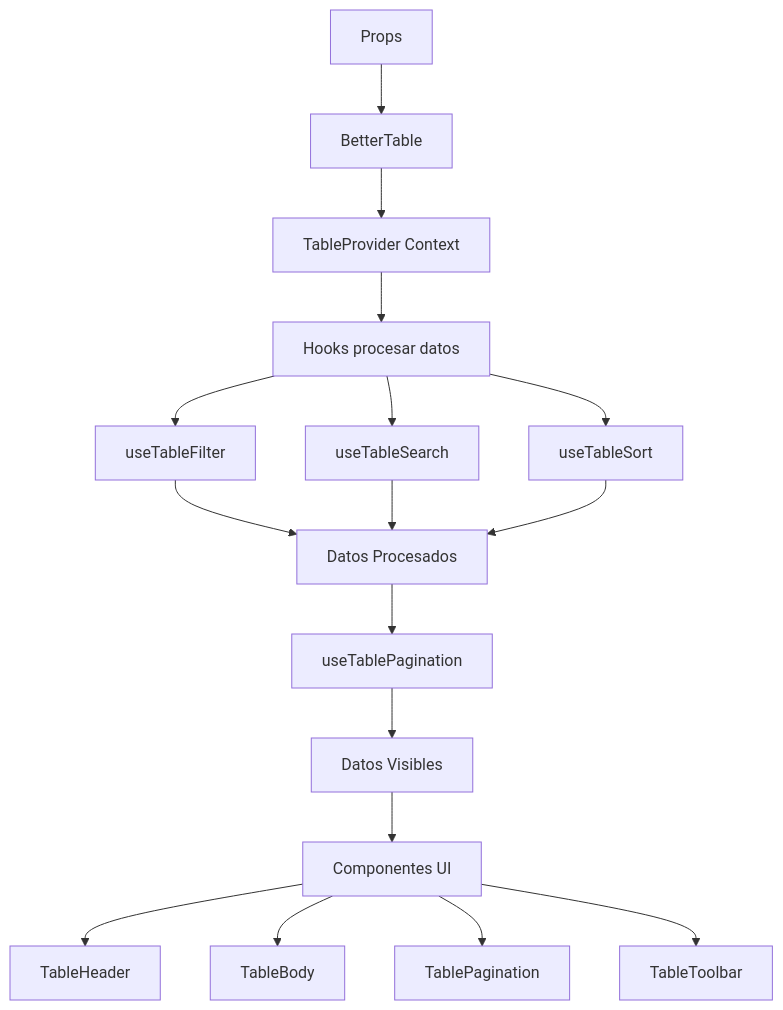
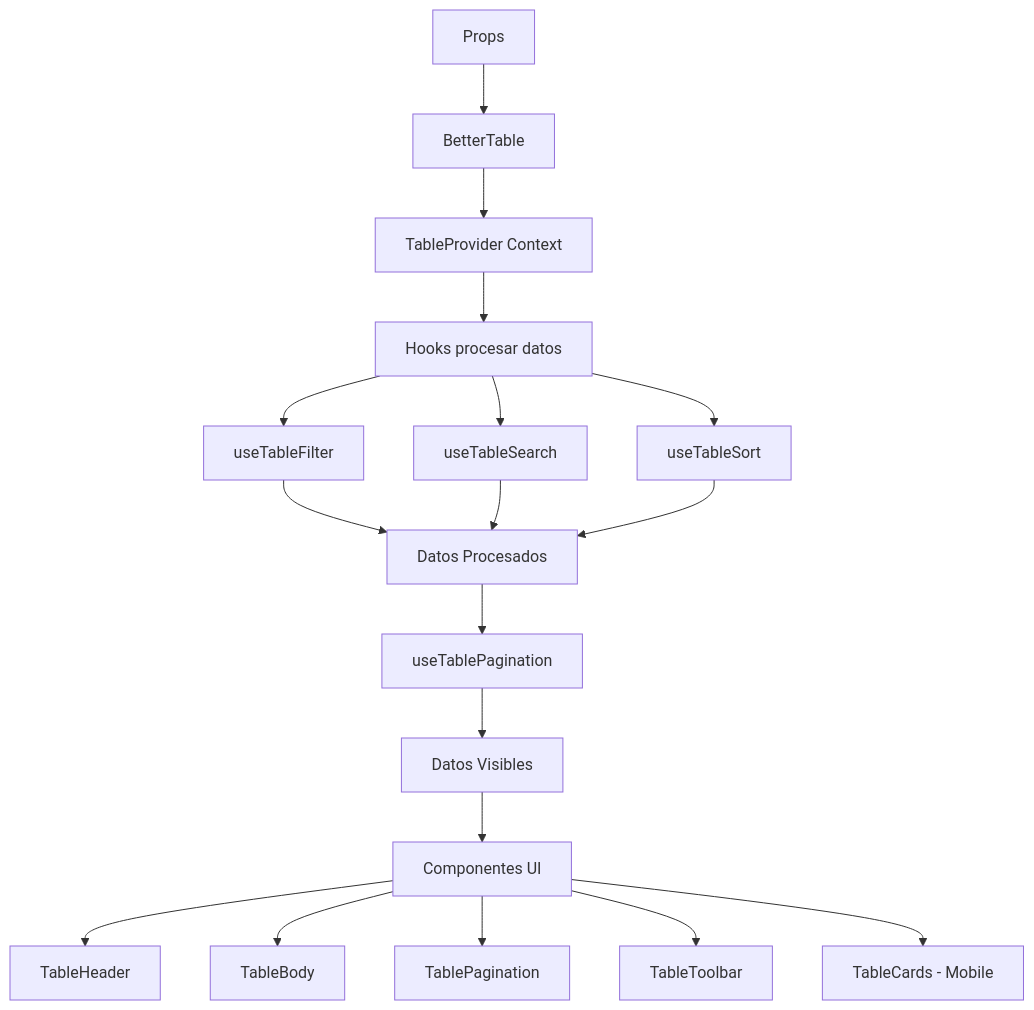
The diagram in better-table/docs/architecture.md (jrodrigopuca/BetterTable), drawn with Mermaid before and after one commit. The commit also changed other lines of this file and 14 other files, not shown here.

````diff
--- a/better-table/docs/architecture.md
+++ b/better-table/docs/architecture.md
@@ -84,19 +84,20 @@
 ```mermaid
 graph TD
     A[Props] --> B[BetterTable]
     B --> C[TableProvider Context]
     C --> D[Hooks procesar datos]
     D --> E[useTableFilter]
     D --> F[useTableSearch]
     D --> G[useTableSort]
     E --> H[Datos Procesados]
     F --> H
     G --> H
     H --> I[useTablePagination]
     I --> J[Datos Visibles]
     J --> K[Componentes UI]
     K --> L[TableHeader]
     K --> M[TableBody]
     K --> N[TablePagination]
     K --> O[TableToolbar]
+    K --> P[TableCards - Mobile]
 ```
````
